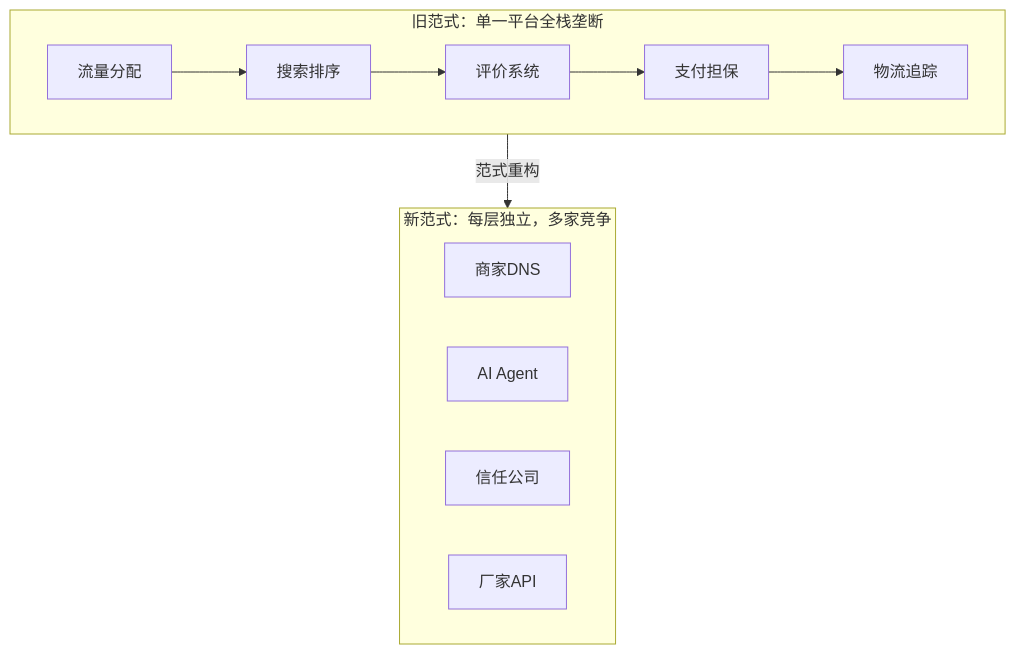
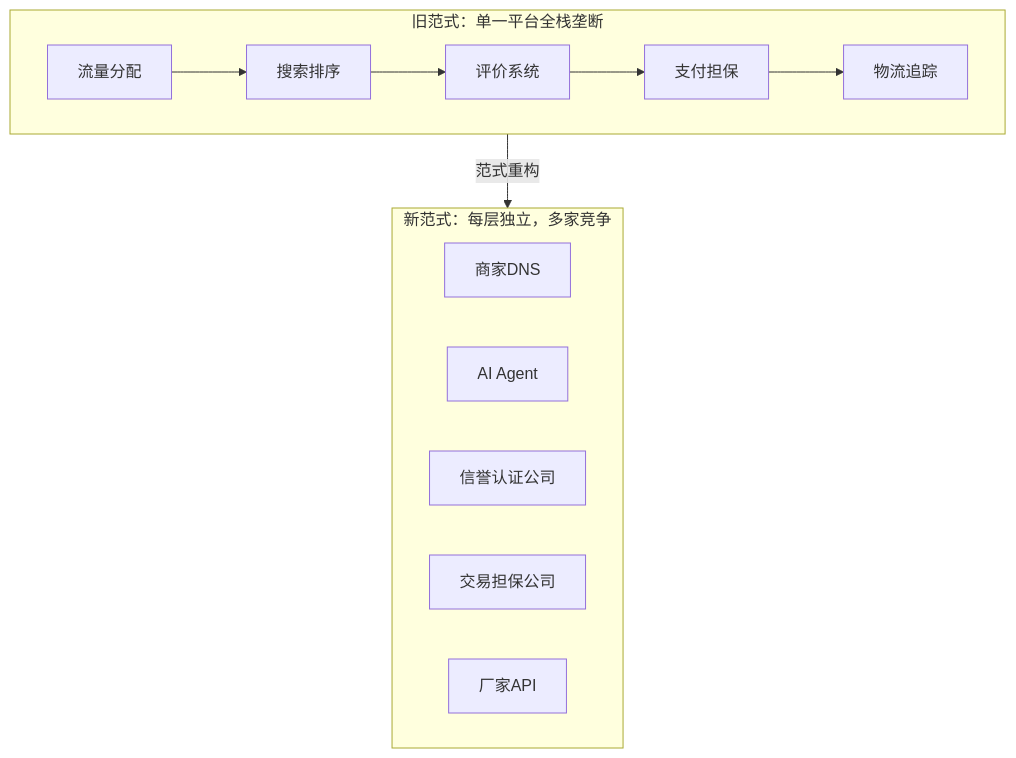
Before and after one commit to kaicen-x/ai-shopping-paradigm: the first of 3 diagrams in 中文简体/04-商业变革与新产业.md, drawn with Mermaid. The commit also changed other lines of this file and 15 other files, not shown here.

````diff
--- a/中文简体/04-商业变革与新产业.md
+++ b/中文简体/04-商业变革与新产业.md
@@ -11,16 +11,17 @@
 ```mermaid
 graph TD
     subgraph OLD["旧范式：单一平台全栈垄断"]
         O1[流量分配] --> O2[搜索排序]
         O2 --> O3[评价系统]
         O3 --> O4[支付担保]
         O4 --> O5[物流追踪]
     end
     subgraph NEW["新范式：每层独立，多家竞争"]
         N1[商家DNS]
         N2[AI Agent]
-        N3[信任公司]
-        N4[厂家API]
+        N3[信誉认证公司]
+        N4[交易担保公司]
+        N5[厂家API]
     end
     OLD -->|范式重构| NEW
 ```
````
